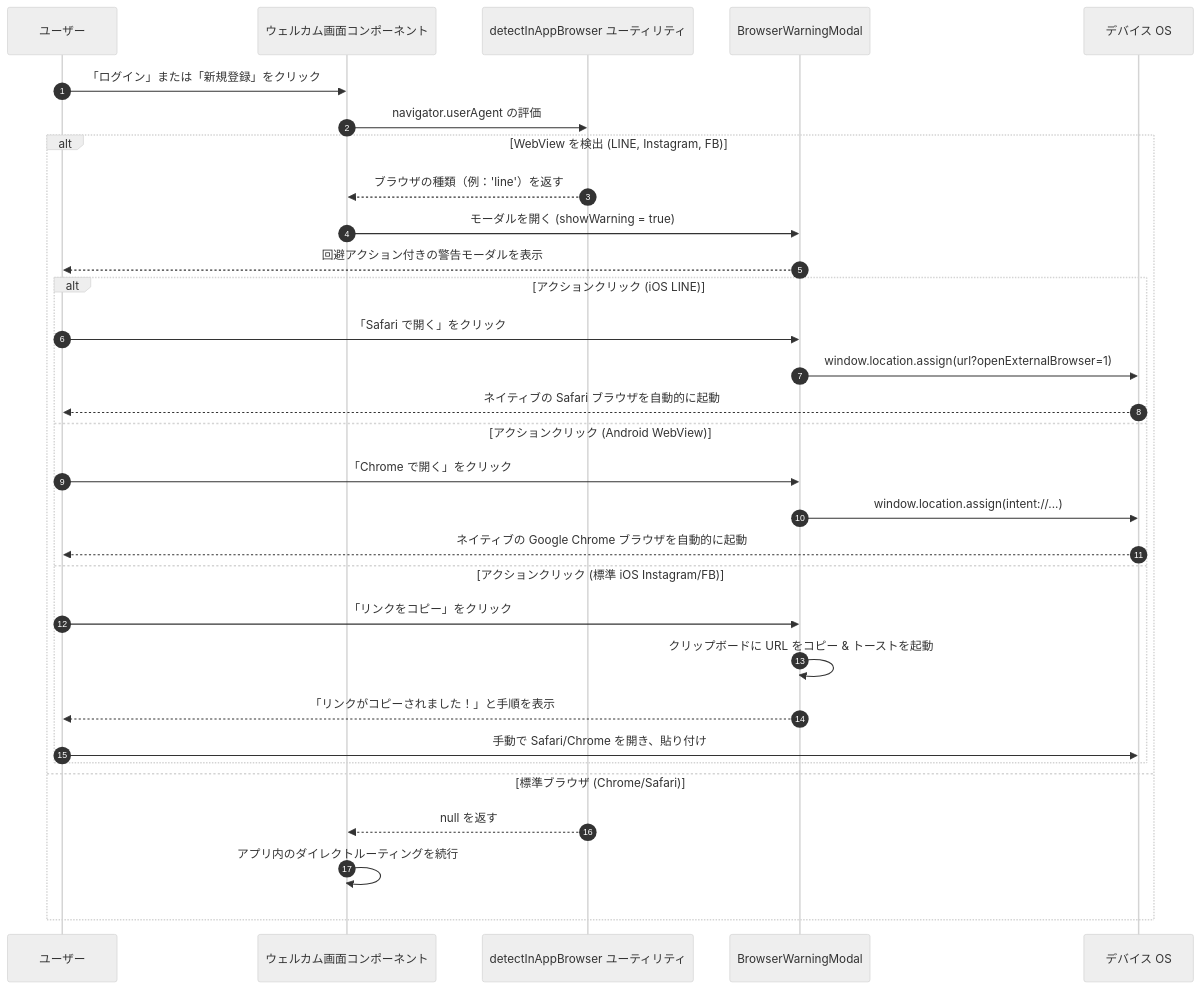
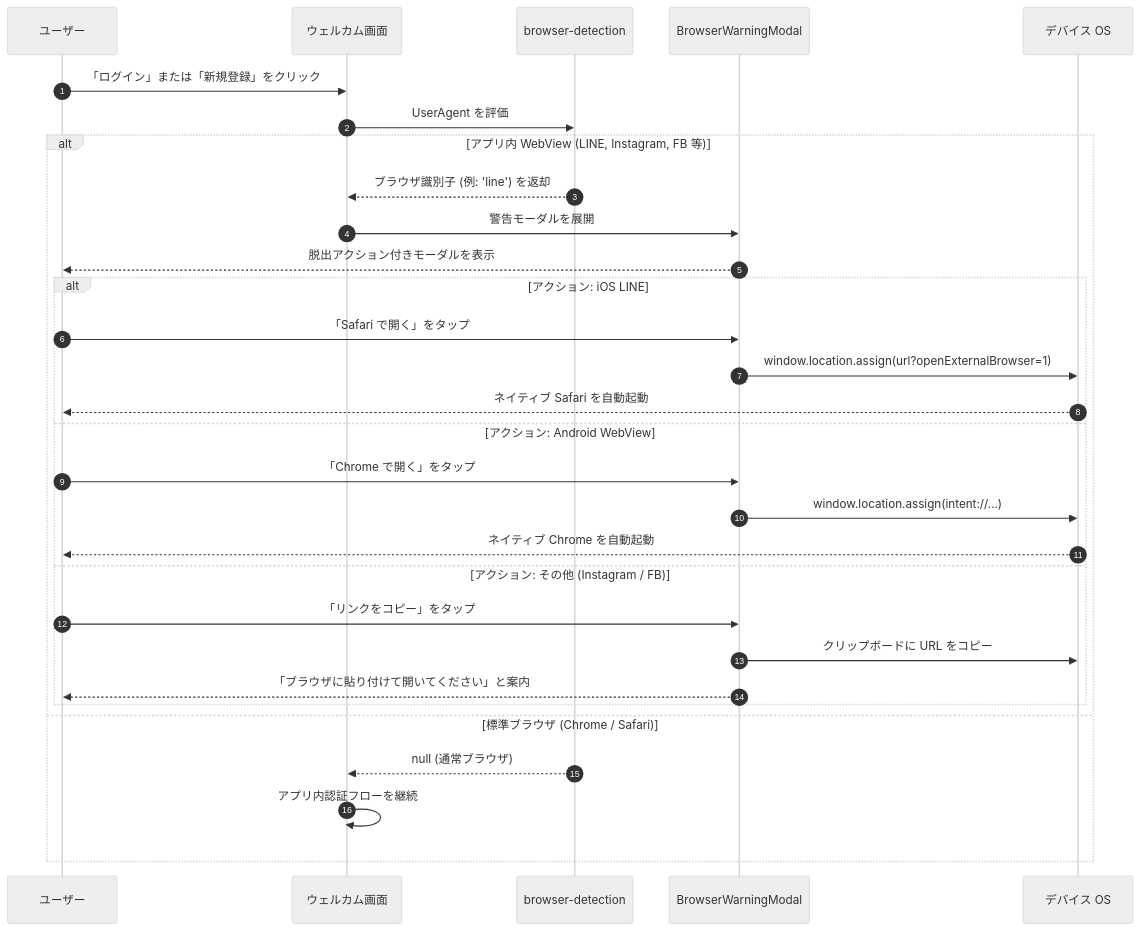
Before and after one commit to ScriptureHabit/scripture-habit: the second of 2 diagrams in docs/ja/hybrid-mobile-lifecycle.md, drawn with Mermaid (neutral theme). The commit also changed other lines of this file and 57 other files, not shown here.

Commit message:
docs: refine documentation prose and add structured diagram breakdowns across JA and EN

````diff
--- a/docs/ja/hybrid-mobile-lifecycle.md
+++ b/docs/ja/hybrid-mobile-lifecycle.md
@@ -126,35 +88,34 @@
 ```mermaid
 sequenceDiagram
     autonumber
     participant User as ユーザー
-    participant Welcome as ウェルカム画面コンポーネント
-    participant Detect as detectInAppBrowser ユーティリティ
+    participant Welcome as ウェルカム画面
+    participant Detect as browser-detection
     participant Warning as BrowserWarningModal
     participant OS as デバイス OS
     
     User->>Welcome: 「ログイン」または「新規登録」をクリック
-    Welcome->>Detect: navigator.userAgent の評価
-    alt WebView を検出 (LINE, Instagram, FB)
-        Detect-->>Welcome: ブラウザの種類（例：'line'）を返す
-        Welcome->>Warning: モーダルを開く (showWarning = true)
-        Warning-->>User: 回避アクション付きの警告モーダルを表示
+    Welcome->>Detect: UserAgent を評価
+    alt アプリ内 WebView (LINE, Instagram, FB 等)
+        Detect-->>Welcome: ブラウザ識別子 (例: 'line') を返却
+        Welcome->>Warning: 警告モーダルを展開
+        Warning-->>User: 脱出アクション付きモーダルを表示
         
-        alt アクションクリック (iOS LINE)
-            User->>Warning: 「Safari で開く」をクリック
+        alt アクション: iOS LINE
+            User->>Warning: 「Safari で開く」をタップ
             Warning->>OS: window.location.assign(url?openExternalBrowser=1)
-            OS-->>User: ネイティブの Safari ブラウザを自動的に起動
-        else アクションクリック (Android WebView)
-            User->>Warning: 「Chrome で開く」をクリック
+            OS-->>User: ネイティブ Safari を自動起動
+        else アクション: Android WebView
+            User->>Warning: 「Chrome で開く」をタップ
             Warning->>OS: window.location.assign(intent://...)
-            OS-->>User: ネイティブの Google Chrome ブラウザを自動的に起動
-        else アクションクリック (標準 iOS Instagram/FB)
-            User->>Warning: 「リンクをコピー」をクリック
-            Warning->>Warning: クリップボードに URL をコピー & トーストを起動
-            Warning-->>User: 「リンクがコピーされました！」と手順を表示
-            User->>OS: 手動で Safari/Chrome を開き、貼り付け
+            OS-->>User: ネイティブ Chrome を自動起動
+        else アクション: その他 (Instagram / FB)
+            User->>Warning: 「リンクをコピー」をタップ
+            Warning->>OS: クリップボードに URL をコピー
+            Warning-->>User: 「ブラウザに貼り付けて開いてください」と案内
         end
-    else 標準ブラウザ (Chrome/Safari)
-        Detect-->>Welcome: null を返す
-        Welcome->>Welcome: アプリ内のダイレクトルーティングを続行
+    else 標準ブラウザ (Chrome / Safari)
+        Detect-->>Welcome: null (通常ブラウザ)
+        Welcome->>Welcome: アプリ内認証フローを継続
     end
 ```
````
